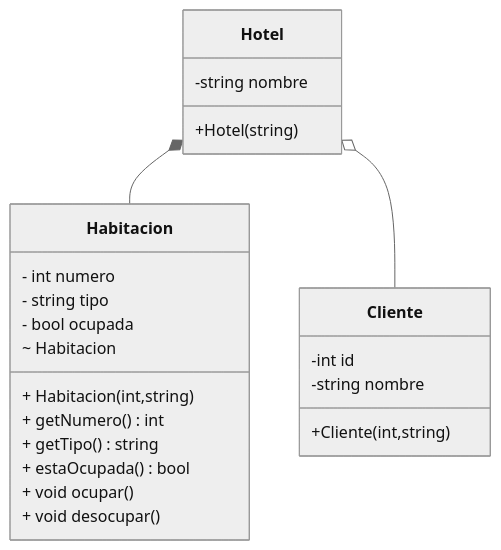
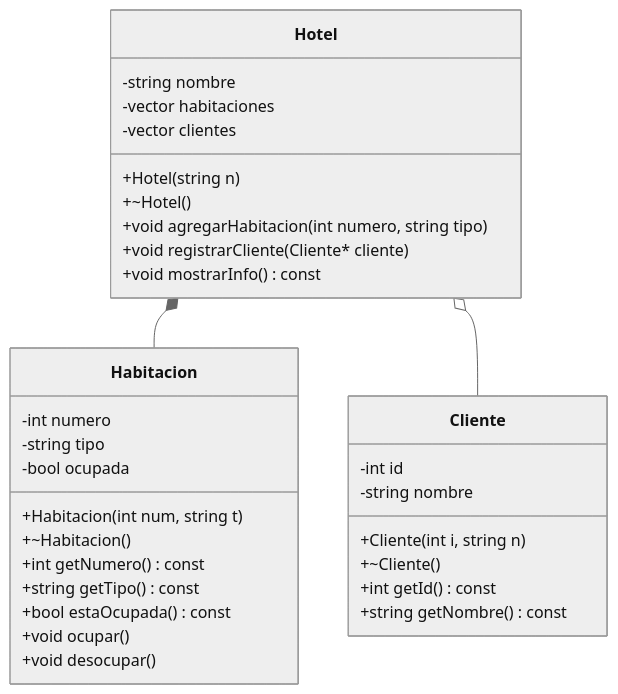
One commit to hannalozano/ejercicios_21_mar changed the diagram in solucion.md. Above: the diagram before and after it, drawn with Mermaid (neutral theme).

Commit message:
Update terminado

````diff
--- a/solucion.md
+++ b/solucion.md
@@ -1,30 +1,39 @@
 ```mermaid
 classDiagram
 
 class Habitacion{
-- int numero
-- string tipo
-- bool ocupada
-+ Habitacion(int,string)
-~ Habitacion
-+ getNumero() int
-+ getTipo() string
-+ estaOcupada() bool  
-+ void ocupar()
-+ void desocupar()
+-int numero
+-string tipo
+-bool ocupada
++Habitacion(int num, string t)
++~Habitacion()
++int getNumero() const
++string getTipo() const
++bool estaOcupada() const
++void ocupar()
++void desocupar()
 }
 
 class Cliente {
 -int id
 -string nombre
-+Cliente(int,string)
++Cliente(int i, string n)
++~Cliente()
++int getId() const
++string getNombre() const
 }
 
 class Hotel {
 -string nombre
-+Hotel (string)
+-vector <Habitacion> habitaciones
+-vector <Cliente*> clientes
++Hotel(string n)
++~Hotel()
++void agregarHabitacion(int numero, string tipo)
++void registrarCliente(Cliente* cliente)
++void mostrarInfo() const
 }
 
 Hotel *-- Habitacion
 Hotel o-- Cliente
 ```
````
